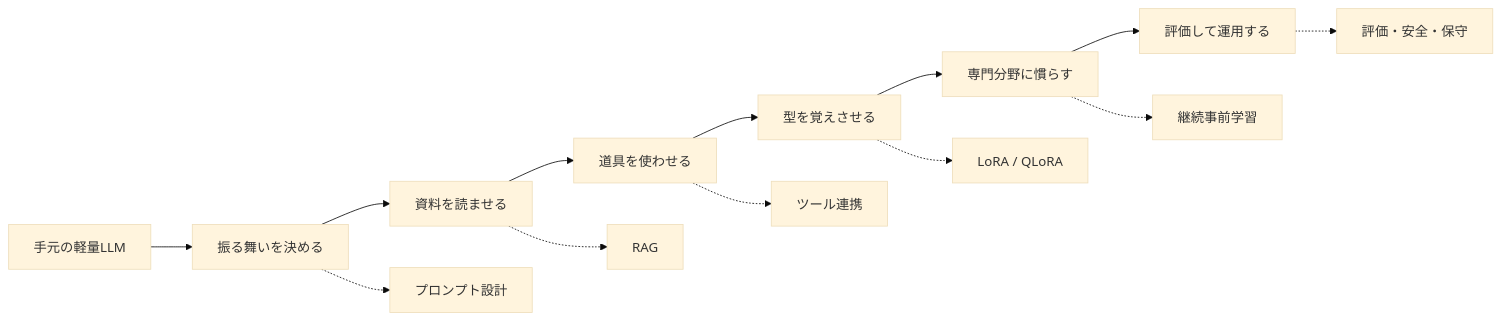
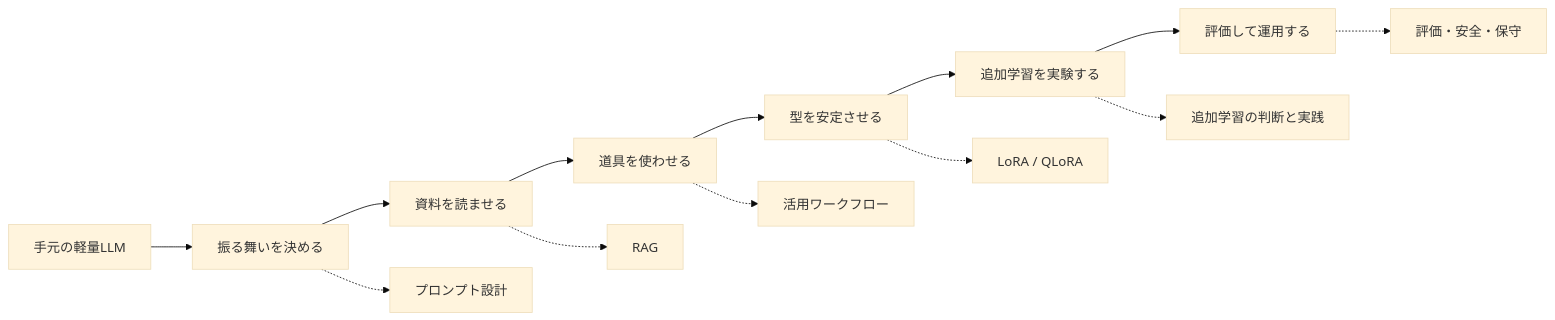
Before and after one commit to tomiokario/local-LLM: the diagram in docs/local-llm-customization/README.md, drawn with Mermaid (base theme). The commit also changed other lines of this file and 43 other files, not shown here.

````diff
--- a/docs/local-llm-customization/README.md
+++ b/docs/local-llm-customization/README.md
@@ -9,16 +9,16 @@
 ```mermaid
 flowchart LR
   A["手元の軽量LLM"] --> B["振る舞いを決める"]
   B --> C["資料を読ませる"]
   C --> D["道具を使わせる"]
-  D --> E["型を覚えさせる"]
-  E --> F["専門分野に慣らす"]
+  D --> E["型を安定させる"]
+  E --> F["追加学習を実験する"]
   F --> G["評価して運用する"]
 
   B -.-> B1["プロンプト設計"]
   C -.-> C1["RAG"]
-  D -.-> D1["ツール連携"]
+  D -.-> D1["活用ワークフロー"]
   E -.-> E1["LoRA / QLoRA"]
-  F -.-> F1["継続事前学習"]
+  F -.-> F1["追加学習の判断と実践"]
   G -.-> G1["評価・安全・保守"]
 ```
````
